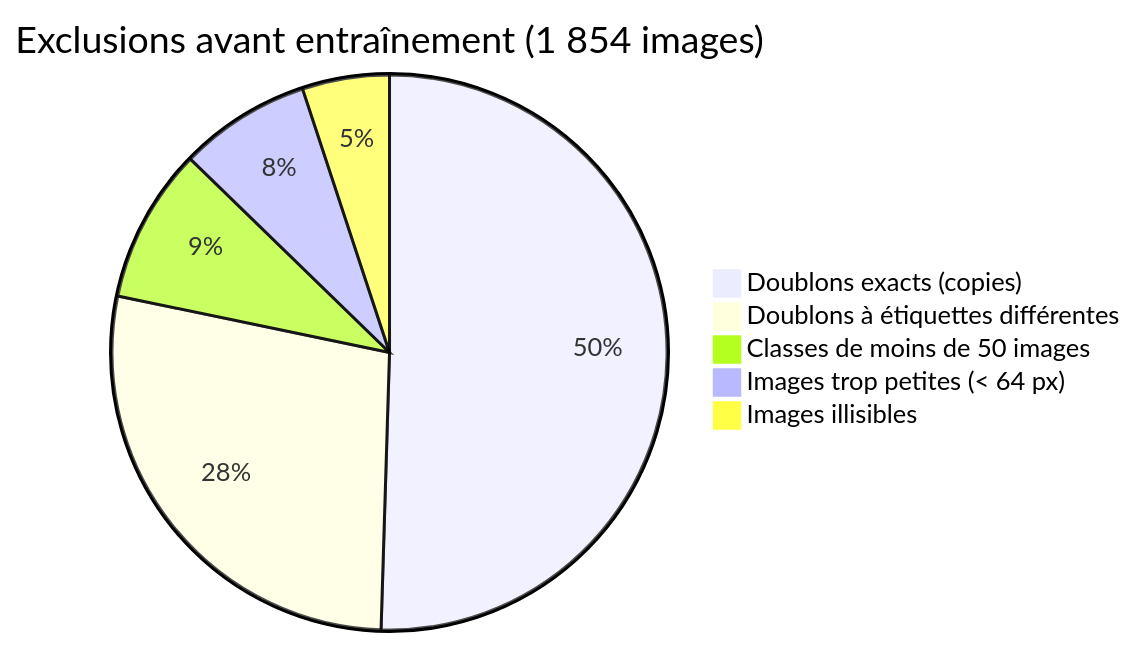
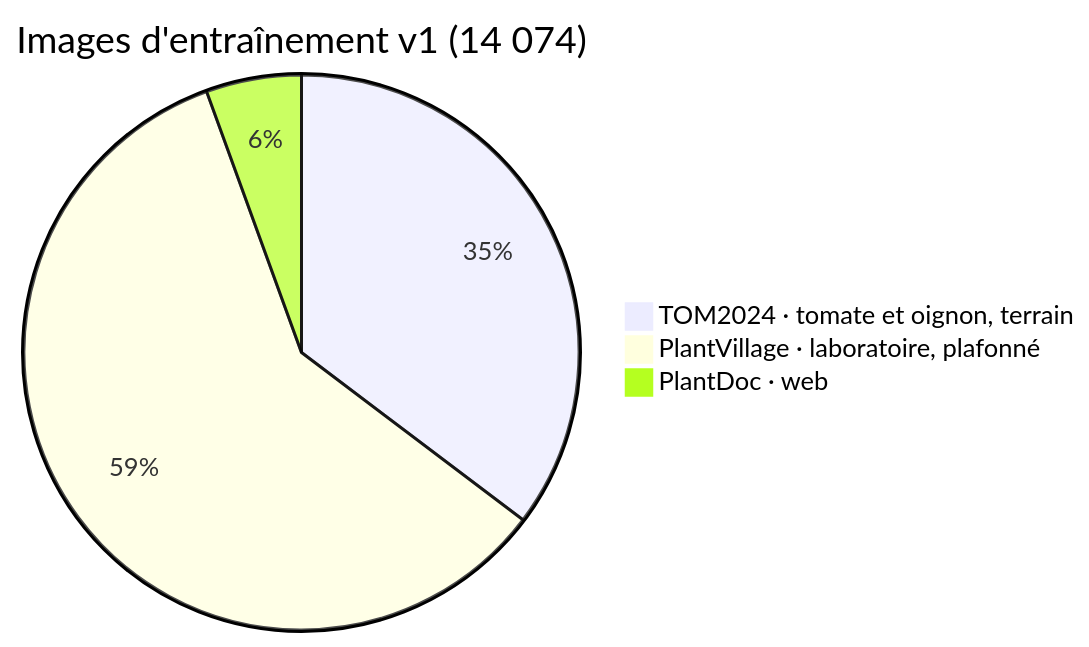
One commit to Oscar-AS/Terramind changed the second of 2 diagrams in ml/README.md. Above: the diagram before and after it, drawn with Mermaid. The commit also changed other lines of this file and 14 other files, not shown here.

````diff
--- a/ml/README.md
+++ b/ml/README.md
@@ -35,8 +46,6 @@
 ```mermaid
-pie title Exclusions avant entraînement (1 854 images)
-    "Doublons exacts (copies)" : 936
-    "Doublons à étiquettes différentes" : 515
-    "Classes de moins de 50 images" : 167
-    "Images trop petites (< 64 px)" : 142
-    "Images illisibles" : 94
+pie title Images d'entraînement v1 (14 074)
+    "TOM2024 · tomate et oignon, terrain" : 4968
+    "PlantVillage · laboratoire, plafonné" : 8325
+    "PlantDoc · web" : 781
 ```
````
